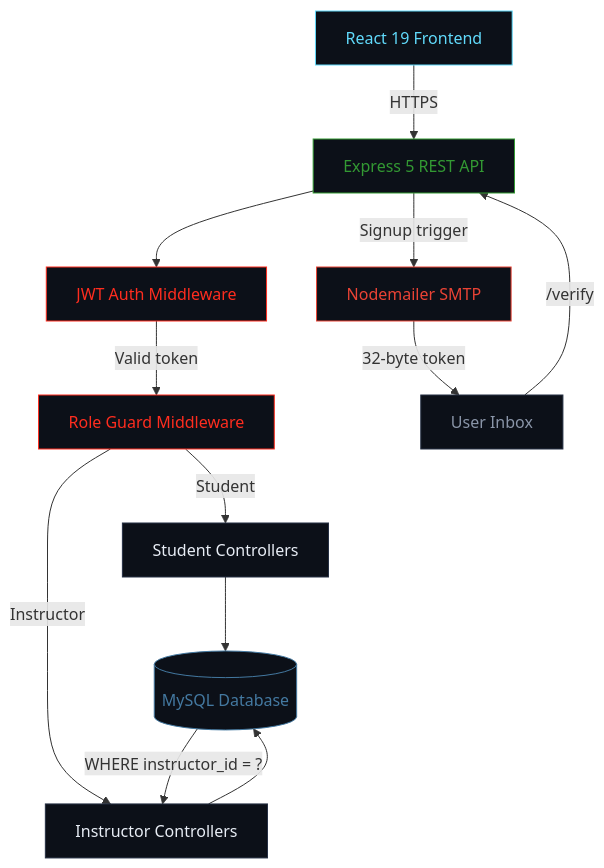
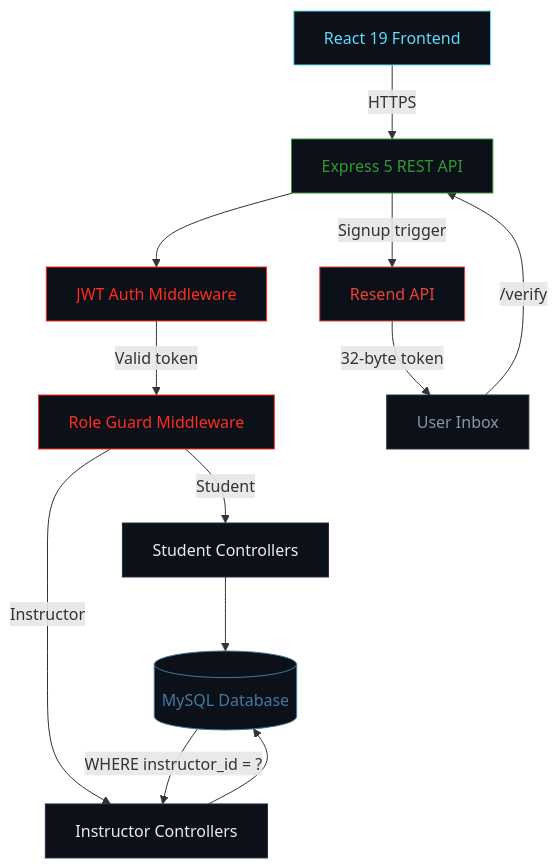
One commit to Tamziycode/Tamziycode changed the diagram in README.md. Above: the diagram before and after it, drawn with Mermaid. The commit also changed other lines of this file, not shown here.

Commit message:
Update README with new links and email service

````diff
--- a/README.md
+++ b/README.md
@@ -101,24 +101,24 @@
 ```mermaid
 graph TD
     Client["React 19 Frontend"] -->|HTTPS| API["Express 5 REST API"]
     API --> AuthMW["JWT Auth Middleware"]
     AuthMW -->|Valid token| RoleMW["Role Guard Middleware"]
     RoleMW -->|Student| SC["Student Controllers"]
     RoleMW -->|Instructor| IC["Instructor Controllers"]
     SC --> DB[("MySQL Database")]
     IC --> DB
     DB -->|WHERE instructor_id = ?| IC
-    API -->|Signup trigger| Email["Nodemailer SMTP"]
+    API -->|Signup trigger| Email["Resend API"]
     Email -->|32-byte token| Inbox["User Inbox"]
     Inbox -->|/verify| API
 
     style Client fill:#0c1018,color:#61DAFB,stroke:#61DAFB
     style API fill:#0c1018,color:#339933,stroke:#339933
     style AuthMW fill:#0c1018,color:#ff2d1f,stroke:#ff2d1f
     style RoleMW fill:#0c1018,color:#ff2d1f,stroke:#ff2d1f
     style SC fill:#0c1018,color:#e8edf5,stroke:#263044
     style IC fill:#0c1018,color:#e8edf5,stroke:#263044
     style DB fill:#0c1018,color:#4479A1,stroke:#4479A1
     style Email fill:#0c1018,color:#EA4335,stroke:#EA4335
     style Inbox fill:#0c1018,color:#8a95a8,stroke:#263044
 ```
````
